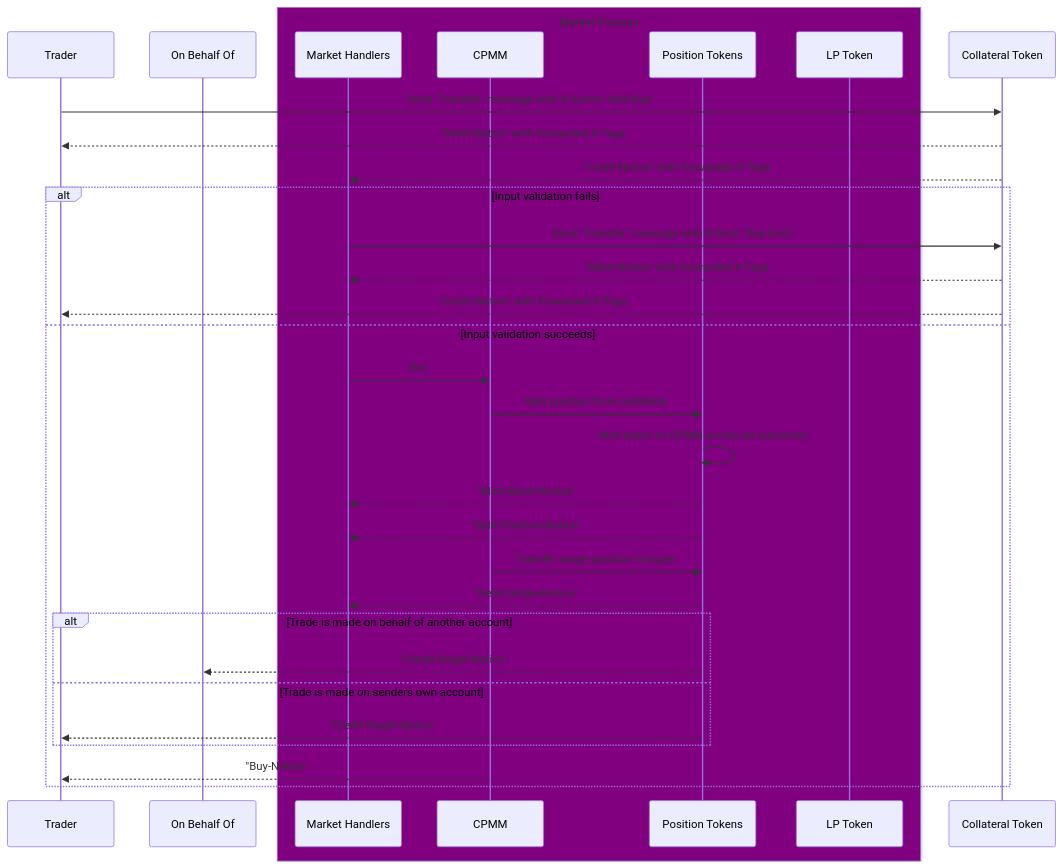
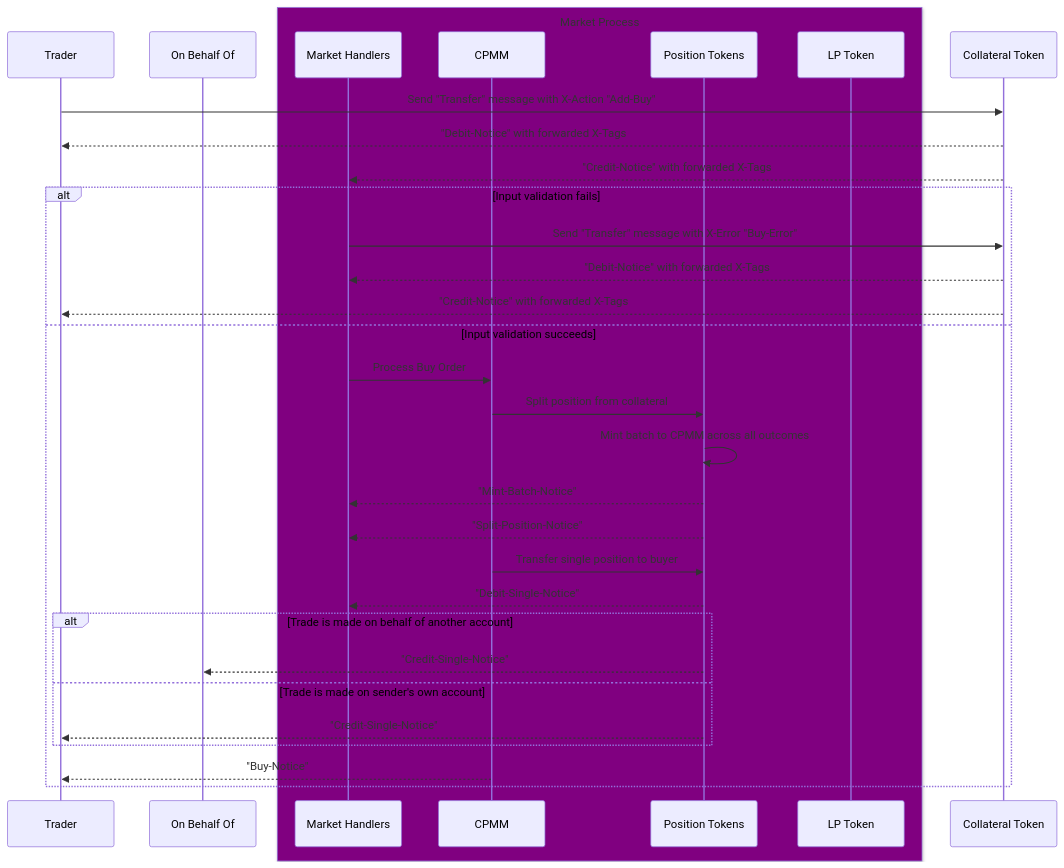
Before and after one commit to outcome-gg/outcome-protocol: the diagram in docs/03-market-trading/buyPosition.md, drawn with Mermaid. The commit also changed 24 other files, not shown here.

Commit message:
Updated diagrams and refactoring

````diff
--- a/docs/03-market-trading/buyPosition.md
+++ b/docs/03-market-trading/buyPosition.md
@@ -1,36 +1,45 @@
 ```mermaid
 sequenceDiagram
 participant Trader
 participant On Behalf Of
 box Purple Market Process
-participant Market Handlers
-participant CPMM
-participant Position Tokens
-participant LP Token
+  participant Market Handlers
+  participant CPMM
+  participant Position Tokens
+  participant LP Token
 end
 participant Collateral Token
 
-
+%% 🟢 Buy Request
 Trader ->> Collateral Token: Send "Transfer" message with X-Action "Add-Buy"
 Collateral Token -->> Trader: "Debit-Notice" with forwarded X-Tags
 Collateral Token -->> Market Handlers: "Credit-Notice" with forwarded X-Tags
+
 alt Input validation fails
+  %% ❌ Error Notice
   Market Handlers ->> Collateral Token: Send "Transfer" message with X-Error "Buy-Error"
   Collateral Token -->> Market Handlers: "Debit-Notice" with forwarded X-Tags
   Collateral Token -->> Trader: "Credit-Notice" with forwarded X-Tags
 else Input validation succeeds
-  Market Handlers ->> CPMM: Buy
+  Market Handlers ->> CPMM: Process Buy Order
+
+  %% 🎟️ Split & Mint Positions
   CPMM ->> Position Tokens: Split position from collateral
   Position Tokens ->> Position Tokens: Mint batch to CPMM across all outcomes
   Position Tokens -->> Market Handlers: "Mint-Batch-Notice"
   Position Tokens -->> Market Handlers: "Split-Position-Notice"
+
+  %% 🔄 Transfer Purchased Position
   CPMM ->> Position Tokens: Transfer single position to buyer
   Position Tokens -->> Market Handlers: "Debit-Single-Notice"
+
   alt Trade is made on behalf of another account
     Position Tokens -->> On Behalf Of: "Credit-Single-Notice"
-  else Trade is made on senders own account
+  else Trade is made on sender's own account
     Position Tokens -->> Trader: "Credit-Single-Notice"
   end
+
+  %% ✅ Completion Notice
   CPMM -->> Trader: "Buy-Notice"
 end
 ```
````
